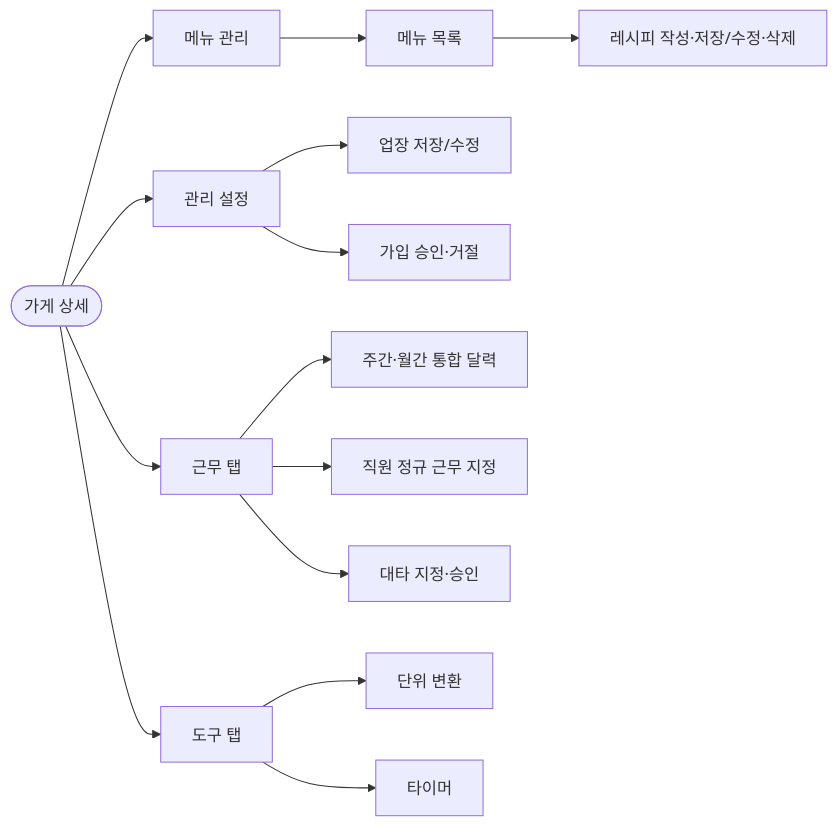
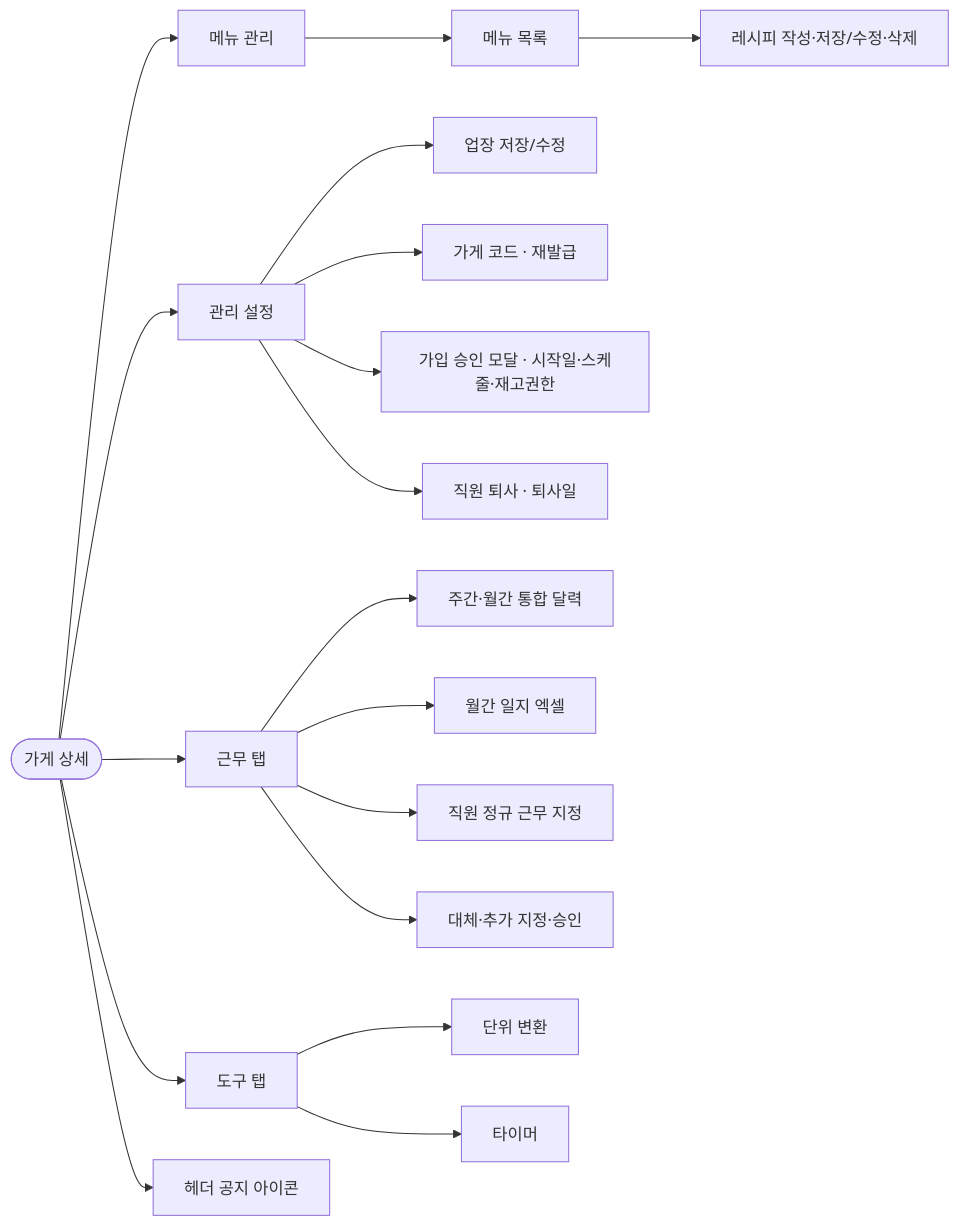
Diagram 11 of 18 in docs/PBB-유저-흐름도.md (ohdeg/PBB), drawn with Mermaid before and after one commit. The commit also changed other lines of this file and 84 other files, not shown here.

First line of the commit message:
Add config domain, Brew features (invite/notice/leave/cover), account deletion, lotto sync scheduler, and prod deploy setup

````diff
--- a/docs/PBB-유저-흐름도.md
+++ b/docs/PBB-유저-흐름도.md
@@ -202,16 +222,20 @@
 ```mermaid
 flowchart LR
     store([가게 상세]) --> menus[메뉴 관리]
     menus --> menuList[메뉴 목록]
     menuList --> recipeEdit[레시피 작성·저장/수정·삭제]
     store --> settings[관리 설정]
     settings --> saveStore[업장 저장/수정]
-    settings --> joins[가입 승인·거절]
+    settings --> inviteCode[가게 코드 · 재발급]
+    settings --> joins[가입 승인 모달 · 시작일·스케줄·재고권한]
+    settings --> resign[직원 퇴사 · 퇴사일]
     store --> schedule[근무 탭]
     schedule --> calendar[주간·월간 통합 달력]
+    schedule --> journalXlsx[월간 일지 엑셀]
     schedule --> assign[직원 정규 근무 지정]
-    schedule --> cover[대타 지정·승인]
+    schedule --> cover[대체·추가 지정·승인]
     store --> tools[도구 탭]
+    store --> notice[헤더 공지 아이콘]
     tools --> units[단위 변환]
     tools --> timers[타이머]
 ```
````
